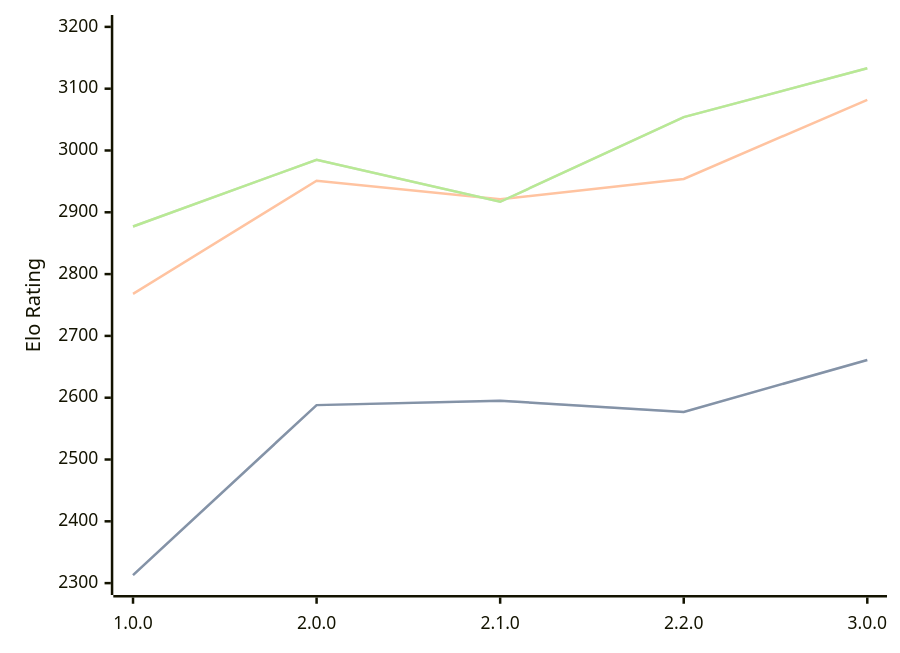
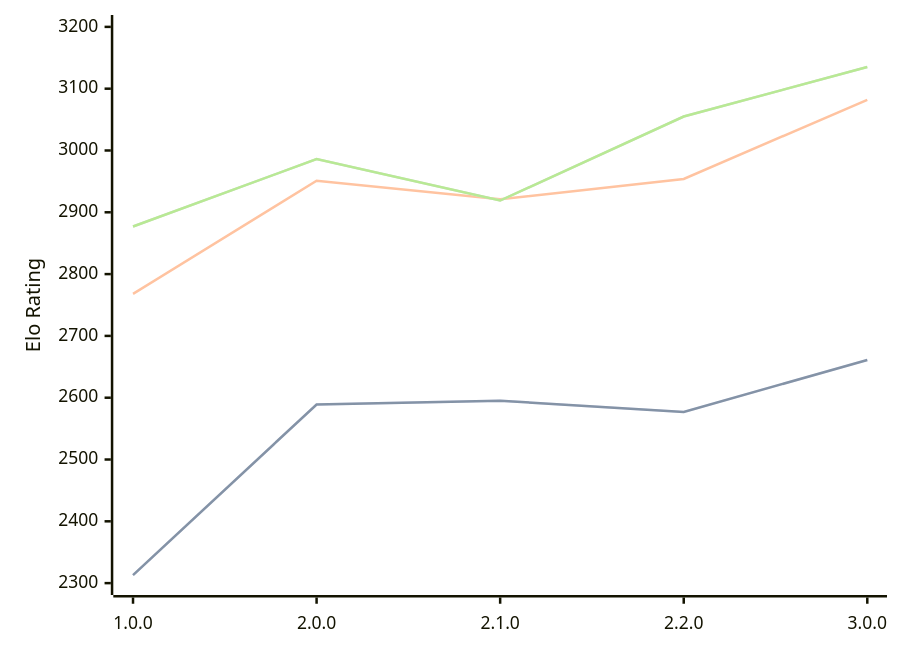
One commit to computer-chess-index/cci changed the diagram in engines/Catalyst.md. Above: the diagram before and after it, drawn with Mermaid. The commit also changed other lines of this file, not shown here.

Commit message:
Update CCI Ratings (ELO VLTC) - 2026-09-07

````diff
--- a/engines/Catalyst.md
+++ b/engines/Catalyst.md
@@ -36,11 +36,11 @@
 ```mermaid
 %%{init: {"theme":"base","themeVariables":{"seriesColors:['#a3a3a3','#222221','#faa371']}}}%%
 xychart-beta
   x-axis ["1.0.0", "2.0.0", "2.1.0", "2.2.0", "3.0.0"]
   y-axis "Elo Rating" 2300 --> 3200
-  line "" [2313, 2588, 2595, 2577, 2661]
-  line "STC (8.0+0.08s)" [2313, 2588, 2595, 2577, 2661]
+  line "" [2313, 2589, 2595, 2577, 2661]
+  line "STC (8.0+0.08s)" [2313, 2589, 2595, 2577, 2661]
   line "LTC (60.0+0.60s)" [2768, 2951, 2921, 2954, 3082]
-  line "" [2877, 2985, 2917, 3054, 3133]
-  line "VLTC (2m24s+1.12s)" [2877, 2985, 2917, 3054, 3133]
+  line "" [2877, 2986, 2919, 3055, 3135]
+  line "VLTC (2m24s+1.12s)" [2877, 2986, 2919, 3055, 3135]
 ```
````
